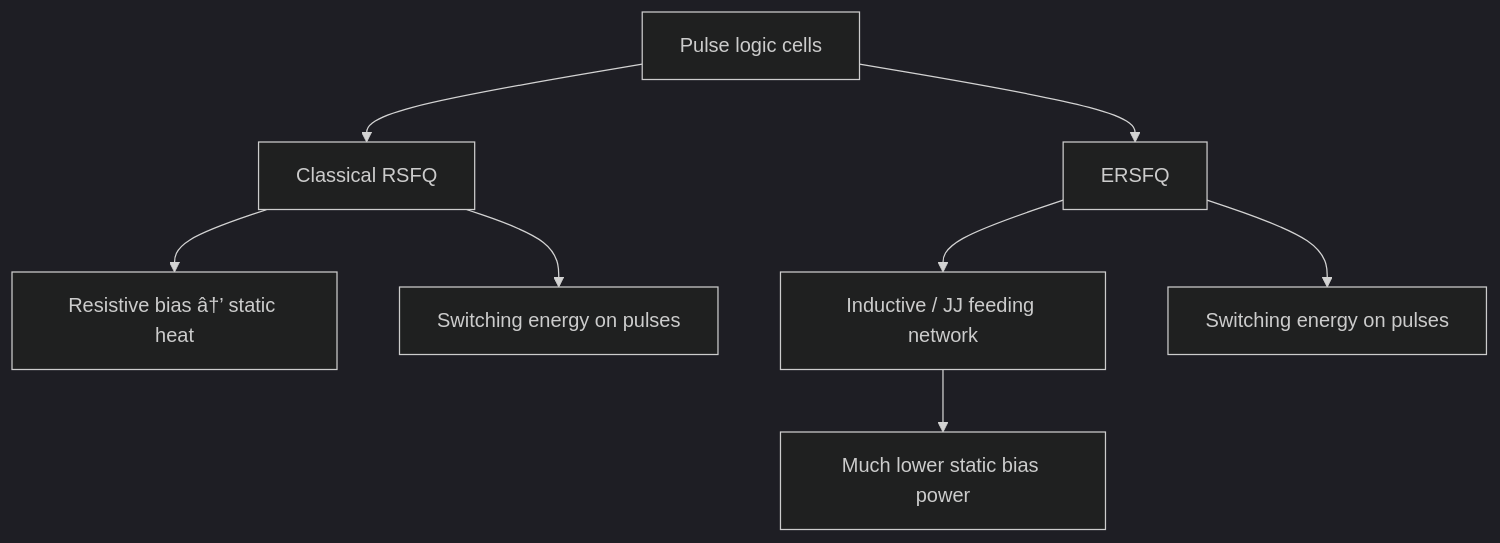
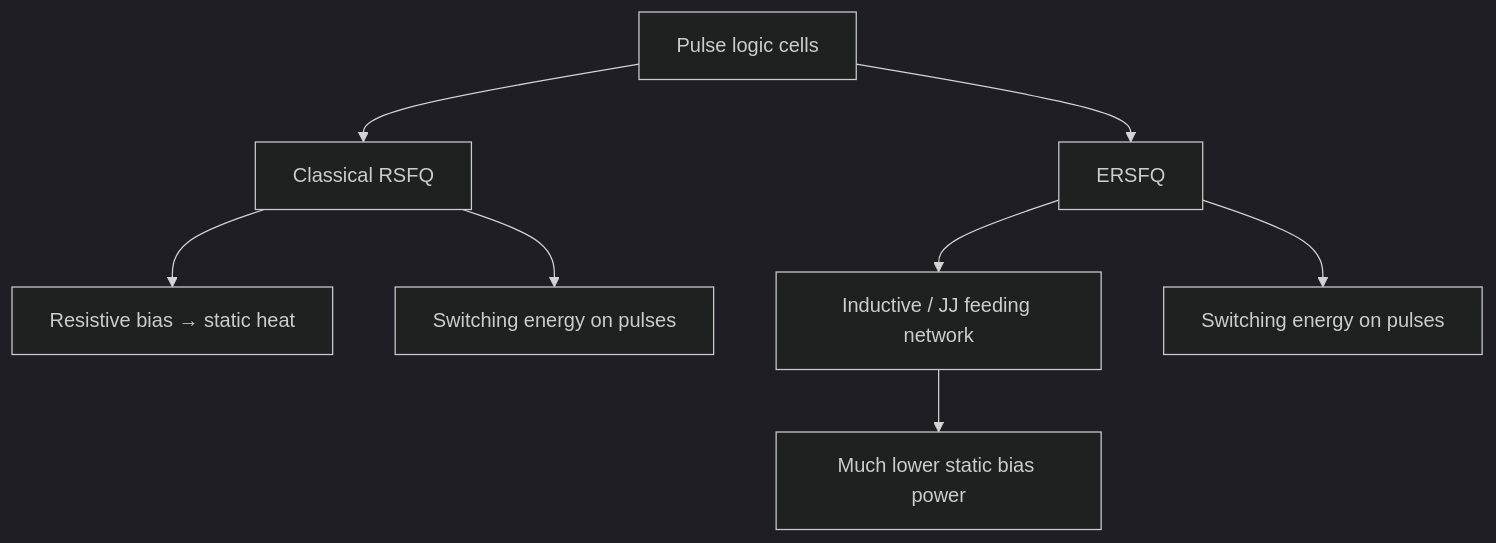
The first of 2 diagrams in docs/concepts/ersfq-logic.md (Single-Flux-Quantum/sfq-learn-public), drawn with Mermaid (dark theme) before and after one commit. The commit also changed other lines of this file and 39 other files, not shown here.

````diff
--- a/docs/concepts/ersfq-logic.md
+++ b/docs/concepts/ersfq-logic.md
@@ -46,10 +46,10 @@
 ```mermaid
 flowchart TD
   Pulse[Pulse logic cells] --> RSFQ[Classical RSFQ]
   Pulse --> ERSFQ[ERSFQ]
-  RSFQ --> Rb[Resistive bias â†’ static heat]
+  RSFQ --> Rb[Resistive bias → static heat]
   ERSFQ --> Feed[Inductive / JJ feeding network]
   Feed --> Win[Much lower static bias power]
   RSFQ --> Sw1[Switching energy on pulses]
   ERSFQ --> Sw2[Switching energy on pulses]
 ```
````
